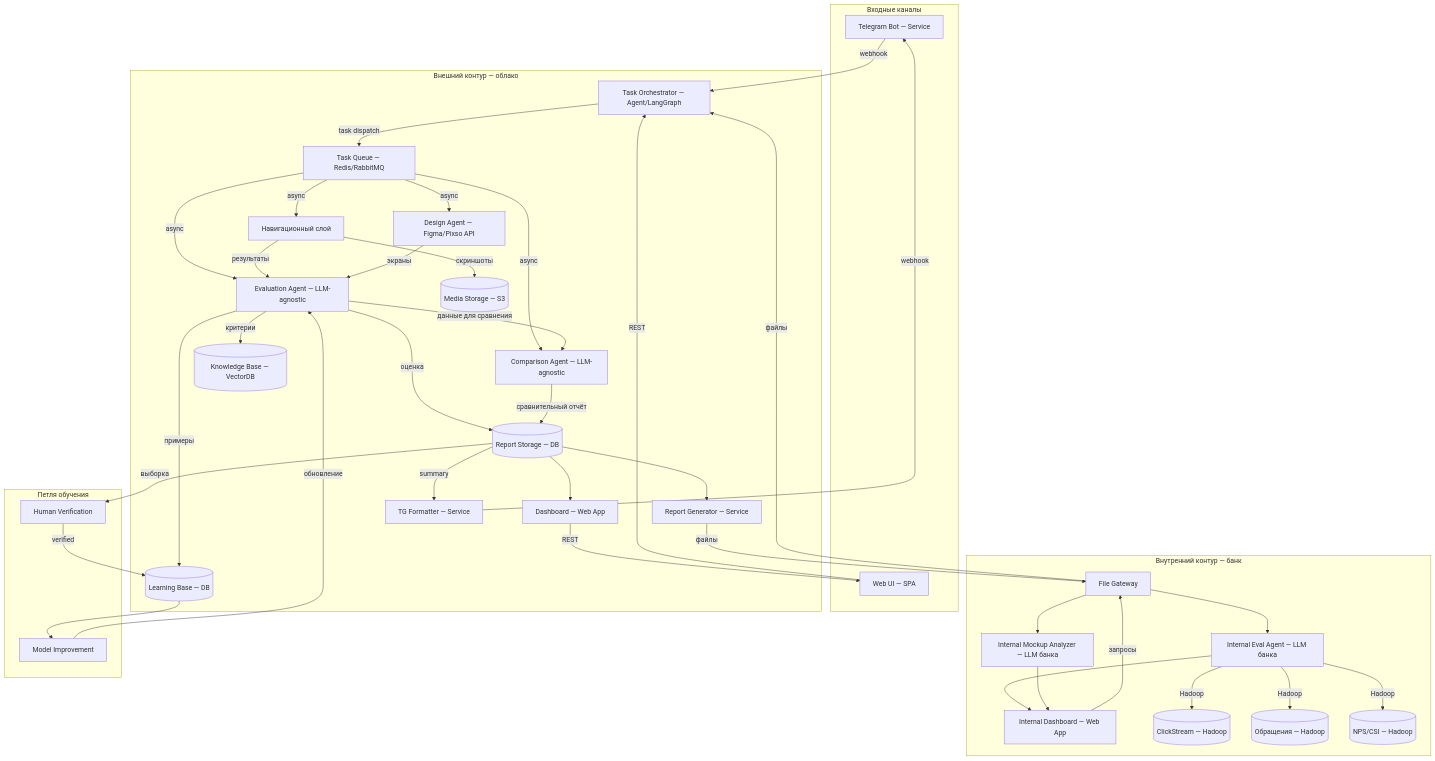
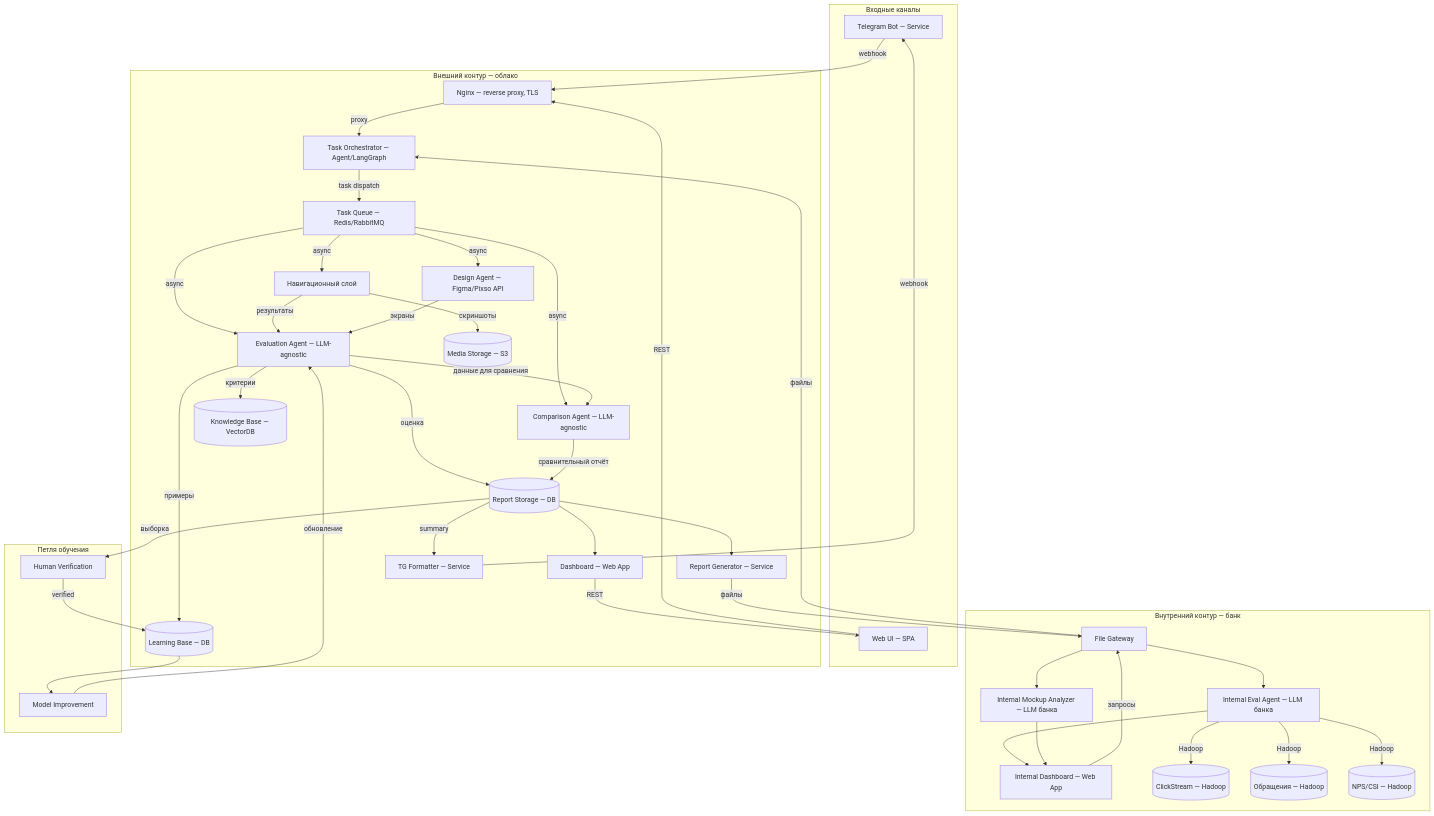
One commit to IlyaKrinitsyn/CJXplorer changed the first of 3 diagrams in docs/architecture/system-architecture.md. Above: the diagram before and after it, drawn with Mermaid. The commit also changed other lines of this file and 14 other files, not shown here.

````diff
--- a/docs/architecture/system-architecture.md
+++ b/docs/architecture/system-architecture.md
@@ -11,79 +11,81 @@
 ```mermaid
 flowchart TD
     subgraph INPUT["Входные каналы"]
         TG[Telegram Bot — Service]
         WEBUI[Web UI — SPA]
     end
 
     subgraph CORE["Внешний контур — облако"]
+        NGINX[Nginx — reverse proxy, TLS]
         ORCH[Task Orchestrator — Agent/LangGraph]
         QUEUE[Task Queue — Redis/RabbitMQ]
         NAV[Навигационный слой]
         EVAL[Evaluation Agent — LLM-agnostic]
         COMPARE[Comparison Agent — LLM-agnostic]
         DESIGN[Design Agent — Figma/Pixso API]
         MEDIA[(Media Storage — S3)]
         REPORTS[(Report Storage — DB)]
         KNOWBASE[(Knowledge Base — VectorDB)]
         LEARNBASE[(Learning Base — DB)]
         REPGEN[Report Generator — Service]
         DASH[Dashboard — Web App]
         TGFMT[TG Formatter — Service]
     end
 
     subgraph BANK["Внутренний контур — банк"]
         FILEGW[File Gateway]
         INTEVAL[Internal Eval Agent — LLM банка]
         INTDESIGN[Internal Mockup Analyzer — LLM банка]
         INTDASH[Internal Dashboard — Web App]
         CLICK[(ClickStream — Hadoop)]
         APPEALS[(Обращения — Hadoop)]
         NPS[(NPS/CSI — Hadoop)]
     end
 
     subgraph LEARN["Петля обучения"]
         VERIFY[Human Verification]
         IMPROVE[Model Improvement]
     end
 
-    TG -->|"webhook"| ORCH
-    WEBUI -->|"REST"| ORCH
+    TG -->|"webhook"| NGINX
+    WEBUI -->|"REST"| NGINX
+    NGINX -->|"proxy"| ORCH
     ORCH -->|"task dispatch"| QUEUE
     QUEUE -->|"async"| NAV
     QUEUE -->|"async"| EVAL
     QUEUE -->|"async"| COMPARE
     QUEUE -->|"async"| DESIGN
 
     NAV -->|"скриншоты"| MEDIA
     NAV -->|"результаты"| EVAL
     DESIGN -->|"экраны"| EVAL
 
     EVAL -->|"критерии"| KNOWBASE
     EVAL -->|"примеры"| LEARNBASE
     EVAL -->|"оценка"| REPORTS
     EVAL -->|"данные для сравнения"| COMPARE
     COMPARE -->|"сравнительный отчёт"| REPORTS
 
     REPORTS --> REPGEN
     REPORTS --> DASH
     REPORTS -->|"summary"| TGFMT
     TGFMT -->|"webhook"| TG
     DASH -->|"REST"| WEBUI
 
     REPGEN -->|"файлы"| FILEGW
     FILEGW --> INTEVAL
     FILEGW --> INTDESIGN
     INTDASH -->|"запросы"| FILEGW
     FILEGW -->|"файлы"| ORCH
 
     INTEVAL -->|"Hadoop"| CLICK
     INTEVAL -->|"Hadoop"| APPEALS
     INTEVAL -->|"Hadoop"| NPS
     INTEVAL --> INTDASH
     INTDESIGN --> INTDASH
 
     REPORTS -->|"выборка"| VERIFY
     VERIFY -->|"verified"| LEARNBASE
     LEARNBASE --> IMPROVE
     IMPROVE -->|"обновление"| EVAL
 ```
````
